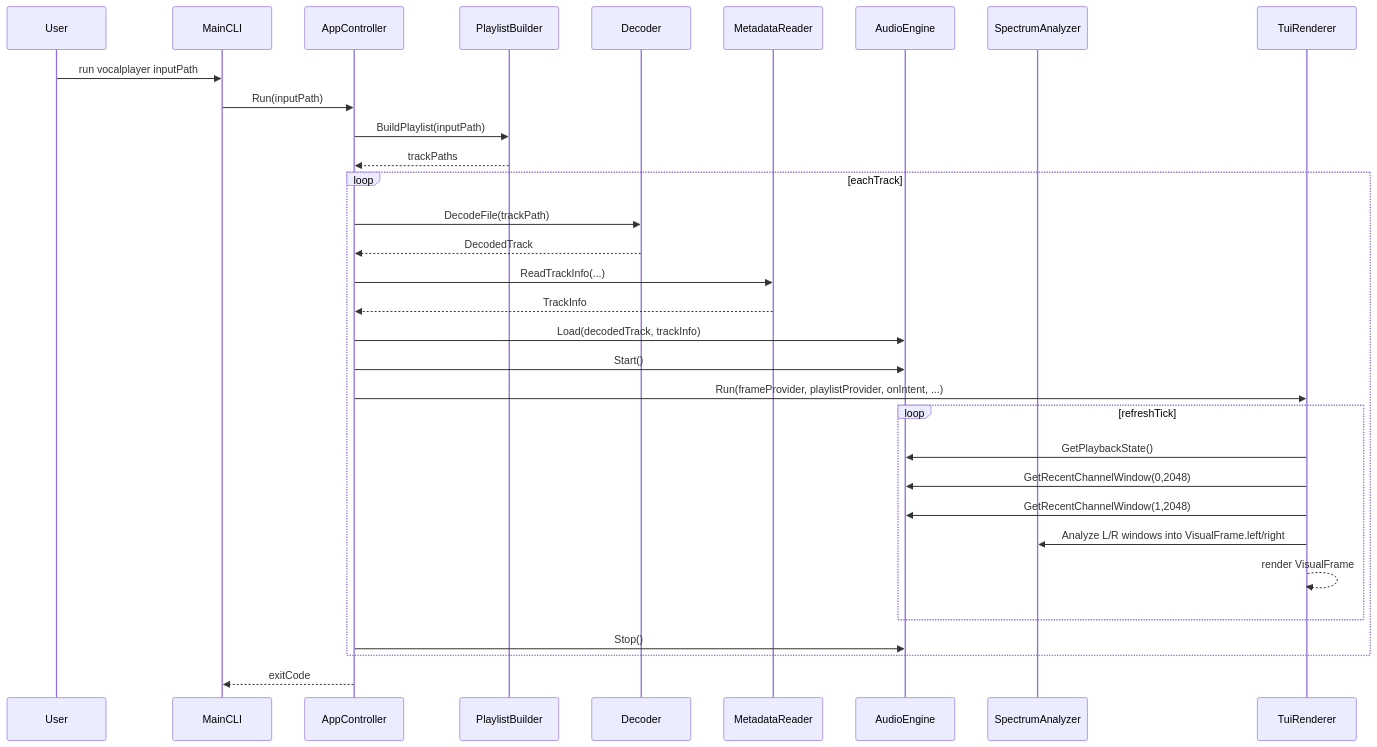
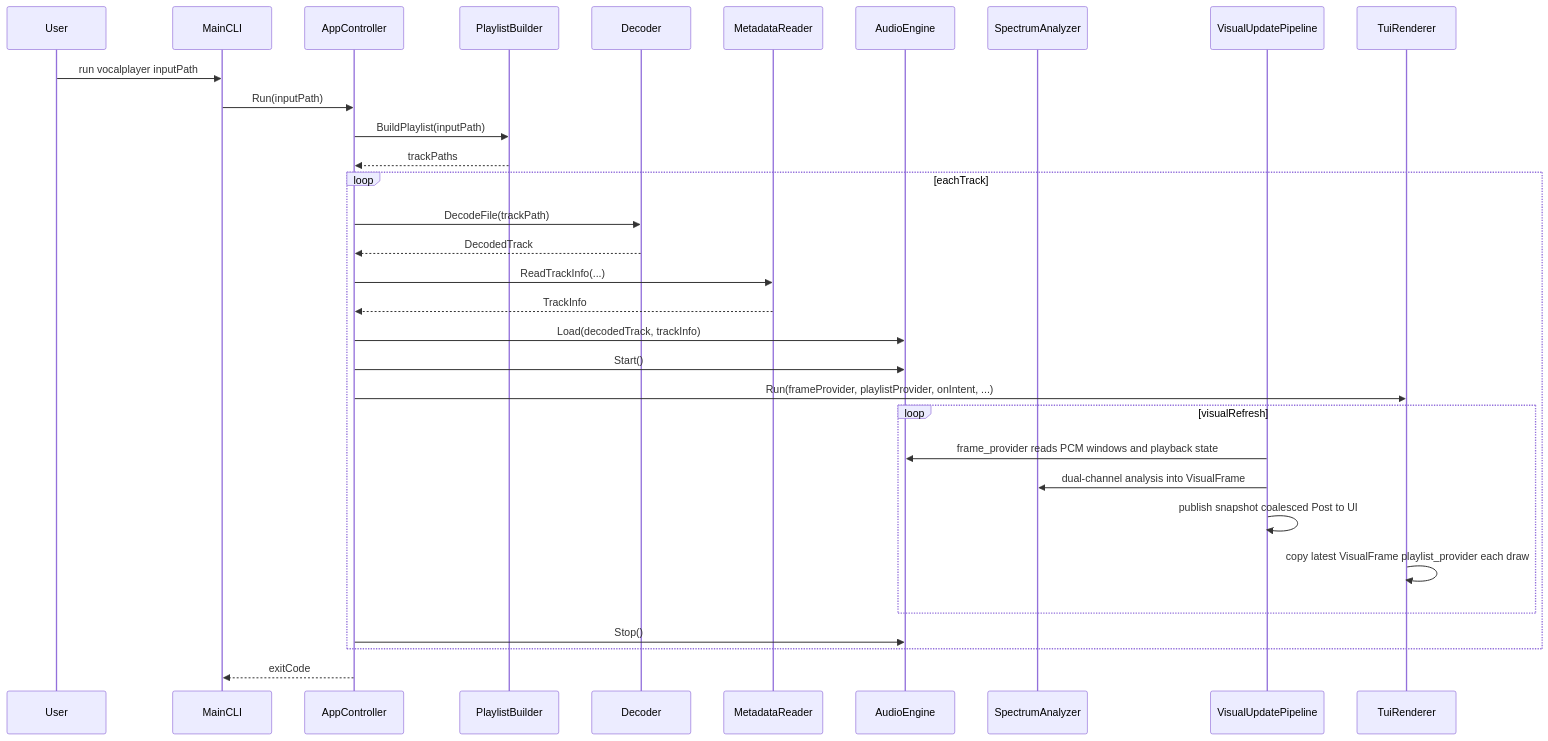
Before and after one commit to virtualguard101/vocalplayer: the third of 4 diagrams in docs/dev/architecture.md, drawn with Mermaid. The commit also changed other lines of this file and 12 other files, not shown here.

````diff
--- a/docs/dev/architecture.md
+++ b/docs/dev/architecture.md
@@ -143,35 +155,35 @@
 ```mermaid
 sequenceDiagram
   participant User
   participant Main as MainCLI
   participant App as AppController
   participant Playlist as PlaylistBuilder
   participant Decoder
   participant Metadata as MetadataReader
   participant Audio as AudioEngine
   participant Analyzer as SpectrumAnalyzer
+  participant Pipe as VisualUpdatePipeline
   participant UI as TuiRenderer
 
   User->>Main: run vocalplayer inputPath
   Main->>App: Run(inputPath)
   App->>Playlist: BuildPlaylist(inputPath)
   Playlist-->>App: trackPaths
   loop eachTrack
     App->>Decoder: DecodeFile(trackPath)
     Decoder-->>App: DecodedTrack
     App->>Metadata: ReadTrackInfo(...)
     Metadata-->>App: TrackInfo
     App->>Audio: Load(decodedTrack, trackInfo)
     App->>Audio: Start()
     App->>UI: Run(frameProvider, playlistProvider, onIntent, ...)
-    loop refreshTick
-      UI->>Audio: GetPlaybackState()
-      UI->>Audio: GetRecentChannelWindow(0,2048)
-      UI->>Audio: GetRecentChannelWindow(1,2048)
-      UI->>Analyzer: Analyze L/R windows into VisualFrame.left/right
-      UI-->>UI: render VisualFrame
+    loop visualRefresh
+      Pipe->>Audio: frame_provider reads PCM windows and playback state
+      Pipe->>Analyzer: dual-channel analysis into VisualFrame
+      Pipe->>Pipe: publish snapshot coalesced Post to UI
+      UI->>UI: copy latest VisualFrame playlist_provider each draw
     end
     App->>Audio: Stop()
   end
   App-->>Main: exitCode
 ```
````
